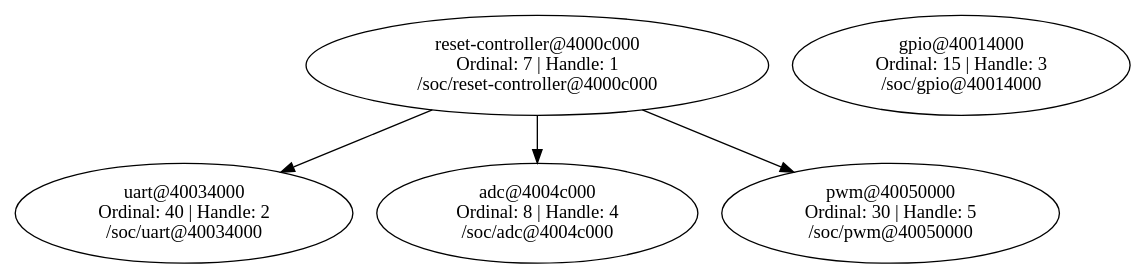
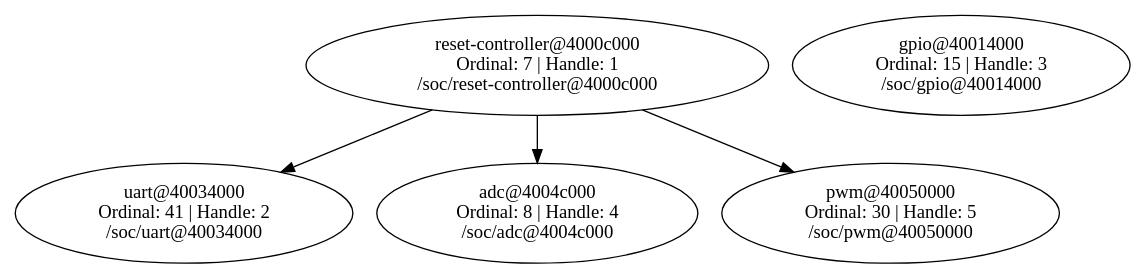
One commit to Diseno-electronico-2023-1/evse-rp2040-hardware changed the diagram in adc/build/zephyr/dev_graph.dot. Above: the diagram before and after it, drawn with Graphviz. The commit also changed 1023 other files, not shown here.

```diff
--- a/adc/build/zephyr/dev_graph.dot
+++ b/adc/build/zephyr/dev_graph.dot
@@ -1,11 +1,11 @@
-// C:/Users/sergi/zephyrproject/evse-rp2040-hardware/adc/build/zephyr/zephyr_pre0.elf
+// C:/Users/ediso/zephyrproject/evse-rp2040-hardware/adc/build/zephyr/zephyr_pre0.elf
 digraph "Device dependency graph" {
 	7 [label="reset-controller@4000c000\nOrdinal: 7 | Handle: 1\n/soc/reset-controller@4000c000"]
-	40 [label="uart@40034000\nOrdinal: 40 | Handle: 2\n/soc/uart@40034000"]
+	41 [label="uart@40034000\nOrdinal: 41 | Handle: 2\n/soc/uart@40034000"]
 	15 [label="gpio@40014000\nOrdinal: 15 | Handle: 3\n/soc/gpio@40014000"]
 	8 [label="adc@4004c000\nOrdinal: 8 | Handle: 4\n/soc/adc@4004c000"]
 	30 [label="pwm@40050000\nOrdinal: 30 | Handle: 5\n/soc/pwm@40050000"]
+	7 -> 41
 	7 -> 8
-	7 -> 40
 	7 -> 30
 }
```
